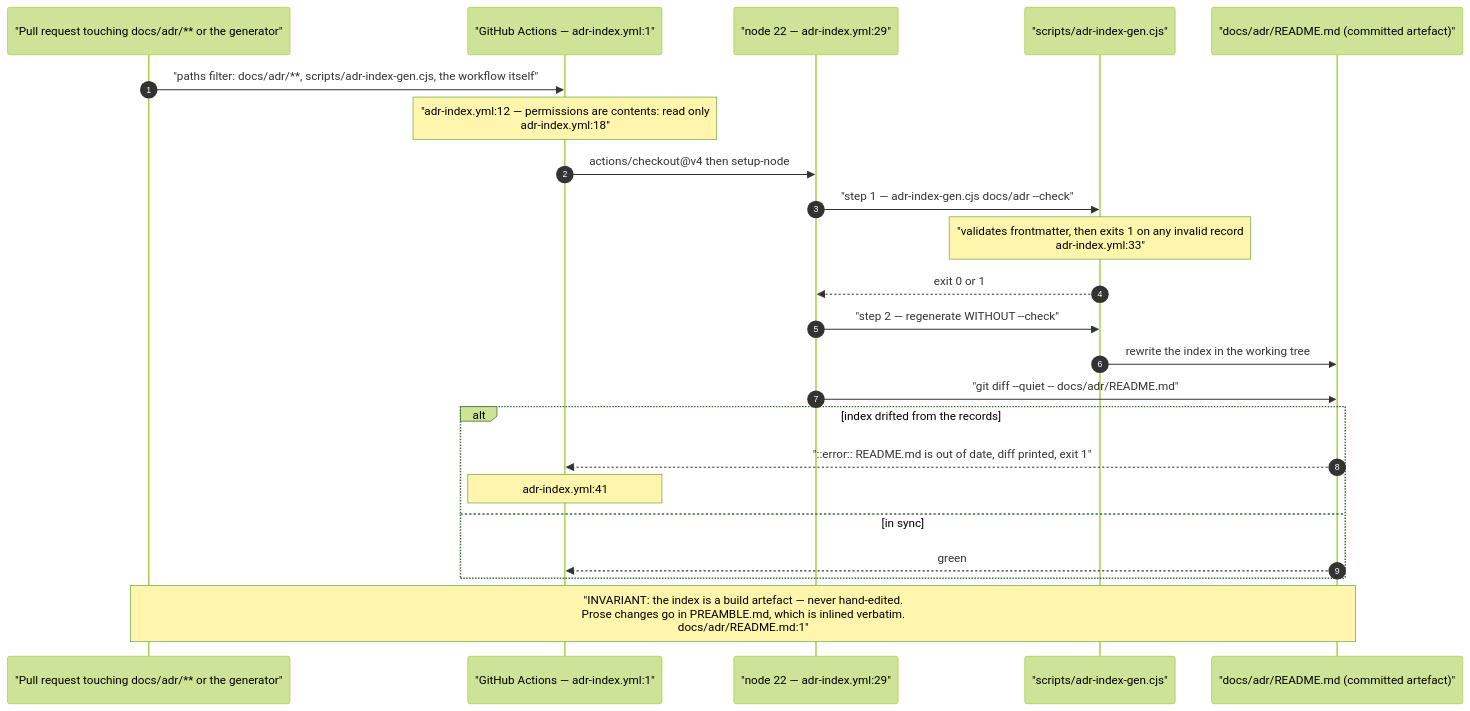
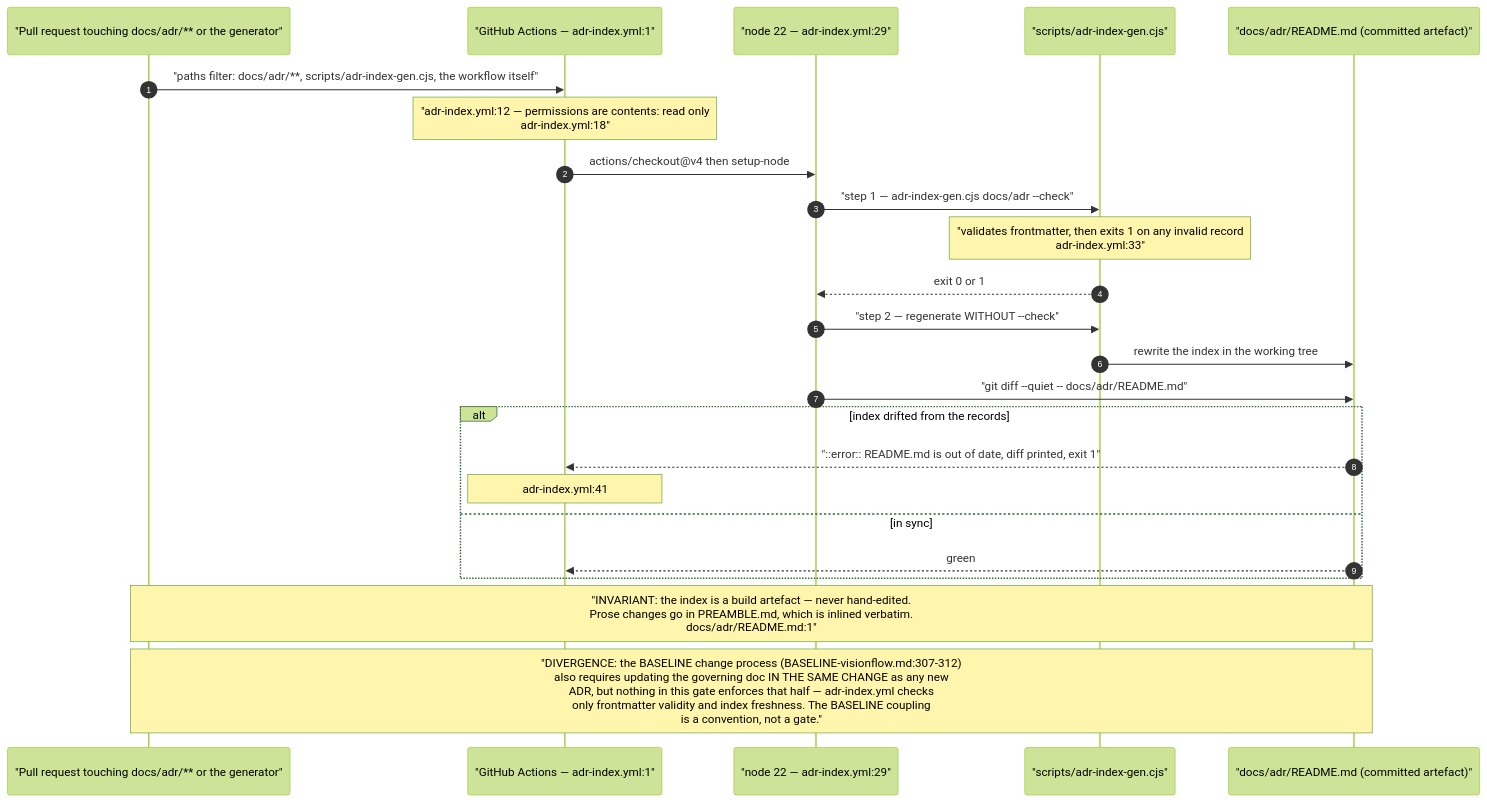
Before and after one commit to DreamLab-AI/VisionFlow: the fifth of 11 diagrams in docs/diagrams/visionflow/01-repo-composition-and-canon.md, drawn with Mermaid (forest theme). The commit also changed other lines of this file and 136 other files, not shown here.

First line of the commit message:
docs(diagrams): refresh the whole corpus to code HEAD and prune low-value diagrams

````diff
--- a/docs/diagrams/visionflow/01-repo-composition-and-canon.md
+++ b/docs/diagrams/visionflow/01-repo-composition-and-canon.md
@@ -272,26 +206,27 @@
 ```mermaid
 sequenceDiagram
     autonumber
     participant PR as "Pull request touching docs/adr/** or the generator"
     participant GH as "GitHub Actions — adr-index.yml:1"
     participant NODE as "node 22 — adr-index.yml:29"
     participant GEN as "scripts/adr-index-gen.cjs"
     participant IDX as "docs/adr/README.md (committed artefact)"
 
     PR->>GH: "paths filter: docs/adr/**, scripts/adr-index-gen.cjs, the workflow itself"
     Note over GH: "adr-index.yml:12 — permissions are contents: read only<br/>adr-index.yml:18"
     GH->>NODE: actions/checkout@v4 then setup-node
     NODE->>GEN: "step 1 — adr-index-gen.cjs docs/adr --check"
     Note over GEN: "validates frontmatter, then exits 1 on any invalid record<br/>adr-index.yml:33"
     GEN-->>NODE: exit 0 or 1
     NODE->>GEN: "step 2 — regenerate WITHOUT --check"
     GEN->>IDX: rewrite the index in the working tree
     NODE->>IDX: "git diff --quiet -- docs/adr/README.md"
     alt index drifted from the records
         IDX-->>GH: "::error:: README.md is out of date, diff printed, exit 1"
         Note over GH: adr-index.yml:41
     else in sync
         IDX-->>GH: green
     end
     Note over PR,IDX: "INVARIANT: the index is a build artefact — never hand-edited.<br/>Prose changes go in PREAMBLE.md, which is inlined verbatim.<br/>docs/adr/README.md:1"
+    Note over PR,IDX: "DIVERGENCE: the BASELINE change process (BASELINE-visionflow.md:307-312)<br/>also requires updating the governing doc IN THE SAME CHANGE as any new<br/>ADR, but nothing in this gate enforces that half — adr-index.yml checks<br/>only frontmatter validity and index freshness. The BASELINE coupling<br/>is a convention, not a gate."
 ```
````
